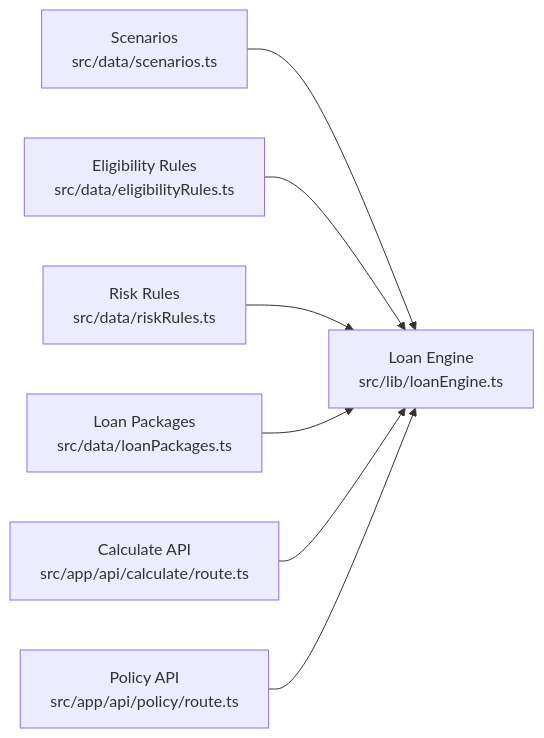
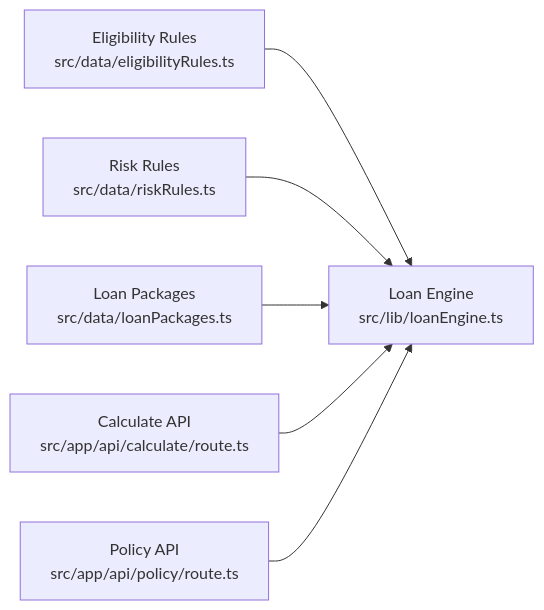
The seventh of 7 diagrams in .qoder/repowiki/en/content/Data Management/Scenarios Management.md (alibaba-hackathon-fsi/frontend-vaya), drawn with Mermaid before and after one commit. The commit also changed other lines of this file and 36 other files, not shown here.

````diff
--- a/.qoder/repowiki/en/content/Data Management/Scenarios Management.md
+++ b/.qoder/repowiki/en/content/Data Management/Scenarios Management.md
@@ -286,9 +272,8 @@
 ```mermaid
 graph LR
-Scenarios["Scenarios<br/>src/data/scenarios.ts"] --> Engine["Loan Engine<br/>src/lib/loanEngine.ts"]
-Eligibility["Eligibility Rules<br/>src/data/eligibilityRules.ts"] --> Engine
+Eligibility["Eligibility Rules<br/>src/data/eligibilityRules.ts"] --> Engine["Loan Engine<br/>src/lib/loanEngine.ts"]
 Risk["Risk Rules<br/>src/data/riskRules.ts"] --> Engine
 Packages["Loan Packages<br/>src/data/loanPackages.ts"] --> Engine
 CalcAPI["Calculate API<br/>src/app/api/calculate/route.ts"] --> Engine
 PolicyAPI["Policy API<br/>src/app/api/policy/route.ts"] --> Engine
 ```
````
